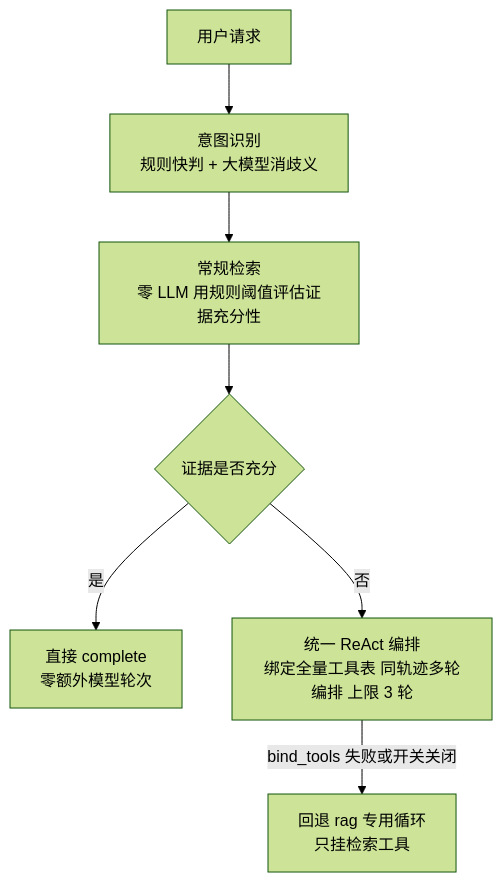
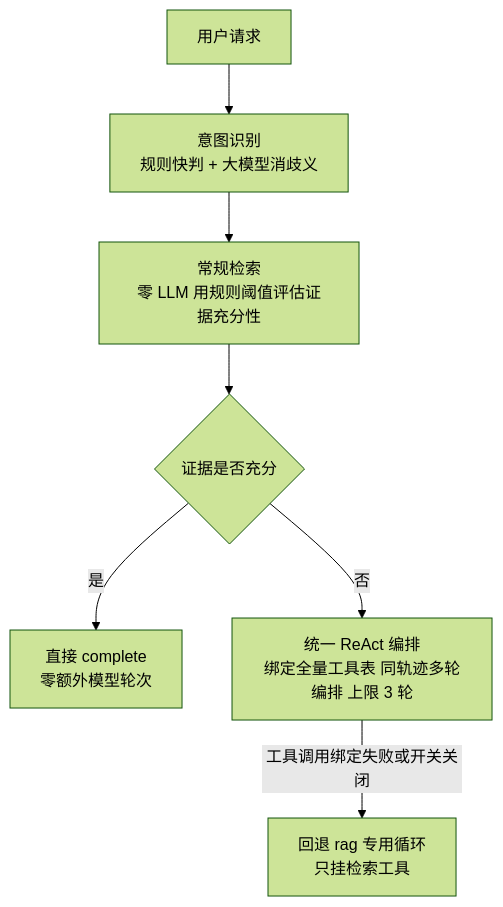
The first of 2 diagrams in README.md (GuLu37/Enterprise-Knowledge-System), drawn with Mermaid (forest theme) before and after one commit. The commit also changed other lines of this file and 3 other files, not shown here.

````diff
--- a/README.md
+++ b/README.md
@@ -19,9 +19,9 @@
 ```mermaid
 flowchart TD
     U[用户请求] --> A[意图识别<br/>规则快判 + 大模型消歧义]
     A --> R[常规检索<br/>零 LLM 用规则阈值评估证据充分性]
     R --> E{证据是否充分}
     E -->|是| G[直接 complete<br/>零额外模型轮次]
     E -->|否| U2[统一 ReAct 编排<br/>绑定全量工具表 同轨迹多轮编排 上限 3 轮]
-    U2 -->|bind_tools 失败或开关关闭| X[回退 rag 专用循环<br/>只挂检索工具]
+    U2 -->|工具调用绑定失败或开关关闭| X[回退 rag 专用循环<br/>只挂检索工具]
 ```
````
